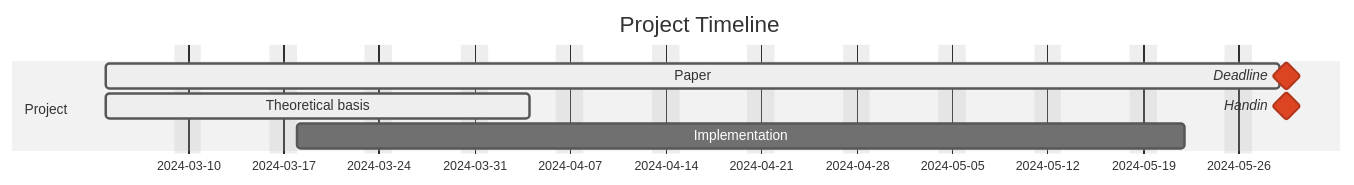
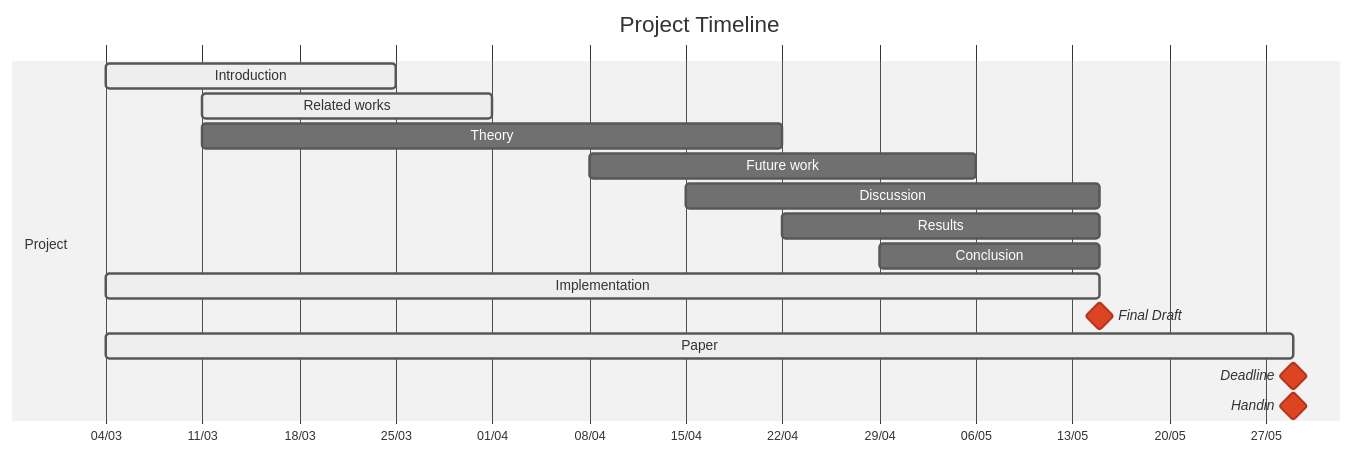
Before and after one commit to AAU-Dat/P8-supporting-schema-creation: the diagram in Writerside/topics/Roadmap.md, drawn with Mermaid (neutral theme).

Commit message:
Roadmap2 (#19)
* Made roadmap

* Made Theory longer

````diff
--- a/Writerside/topics/Roadmap.md
+++ b/Writerside/topics/Roadmap.md
@@ -2,16 +2,22 @@
 ```mermaid
----
-displayMode: compact
----
 gantt
+    tickInterval 1week
+    weekday monday
     title Project Timeline
     dateFormat  YYYY-MM-DD
-    excludes weekends
+    axisFormat %d/%m
     
     section Project
+    Introduction: active, 2024-03-04, 21d
+    Related works: active, 2024-03-11, 21d
+    Theory: 2024-03-11, 42d
+    Future work: 2024-04-08, 28d
+    Discussion: 2024-04-15, 30d
+    Results: 2024-04-22, 23d
+    Conclusion: 2024-04-29, 16d
+    Implementation: active, 2024-03-04, 2024-05-15
+    Final Draft: crit, milestone, 2024-05-15,
     Paper: active, 2024-03-04, 2024-05-29
-    Theoretical basis: active, 2024-03-04, 2024-04-04
-    Implementation: inactive, 2024-03-18, 2024-05-22
-    Deadline: crit, milestone, 2024-05-29, 1d
-    Handin: crit, milestone, 2024-05-29, 1d
+    Deadline: crit, milestone, 2024-05-29, 
+    Handin: crit, milestone, 2024-05-29,
 ```
````
